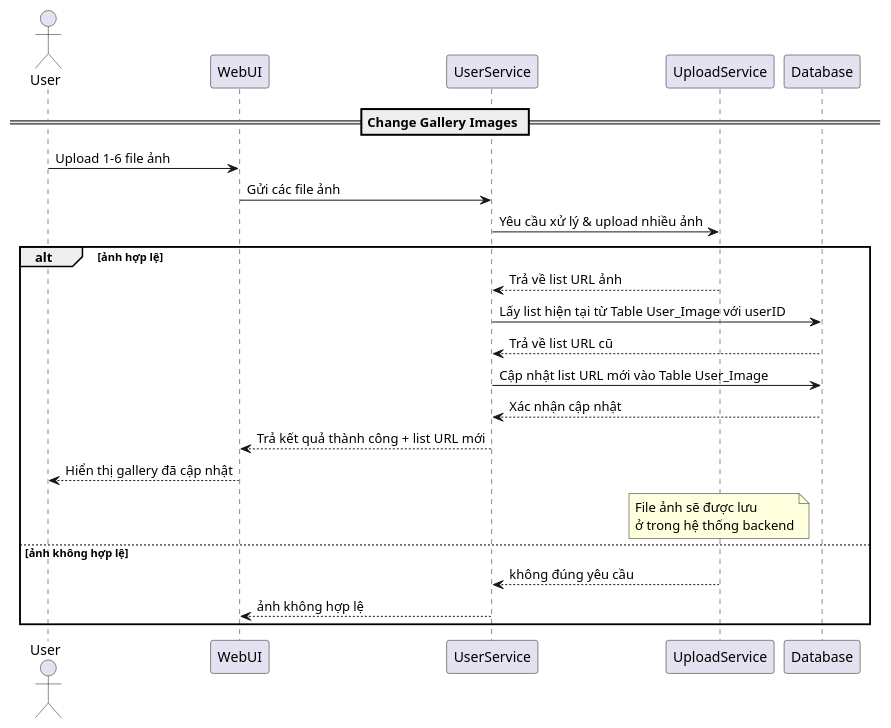
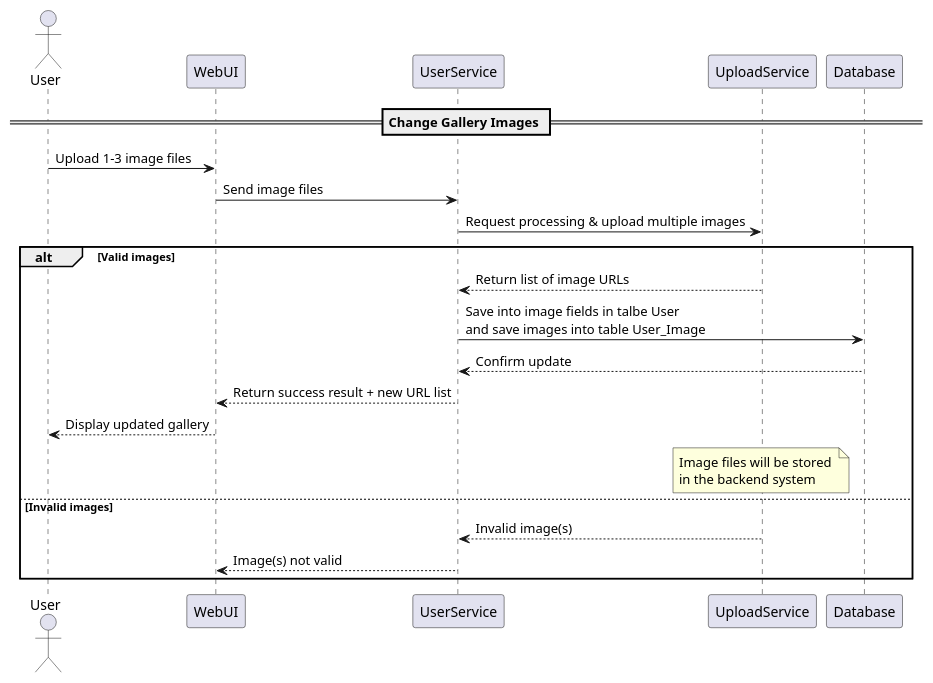
One commit to twicelike/project-newjeans changed the diagram in diagram/ChangeIntroduceImage_Sequence.md. Above: the diagram before and after it, drawn with PlantUML. The commit also changed 6 other files, not shown here.

````diff
--- a/diagram/ChangeIntroduceImage_Sequence.md
+++ b/diagram/ChangeIntroduceImage_Sequence.md
@@ -1,30 +1,30 @@
 ```uml
 @startuml
 actor User
 participant WebUI
 participant UserService
 participant UploadService
 participant Database
 
 == Change Gallery Images ==
-User -> WebUI            : Upload 1–6 file ảnh
-WebUI -> UserService     : Gửi các file ảnh
-UserService -> UploadService : Yêu cầu xử lý & upload nhiều ảnh
-alt ảnh hợp lệ
-UploadService --> UserService : Trả về list URL ảnh
-UserService -> Database  : Lấy list hiện tại từ Table User_Image với userID
-Database --> UserService : Trả về list URL cũ
-UserService -> Database  : Cập nhật list URL mới vào Table User_Image
-Database --> UserService : Xác nhận cập nhật
-UserService --> WebUI    : Trả kết quả thành công + list URL mới
-WebUI --> User           : Hiển thị gallery đã cập nhật
-note over of UploadService
-   File ảnh sẽ được lưu 
-   ở trong hệ thống backend
+User -> WebUI            : Upload 1–3 image files
+WebUI -> UserService     : Send image files
+UserService -> UploadService : Request processing & upload multiple images
+
+alt Valid images
+UploadService --> UserService : Return list of image URLs
+UserService -> Database  : Save into image fields in talbe User \nand save images into table User_Image
+Database --> UserService : Confirm update
+UserService --> WebUI    : Return success result + new URL list
+WebUI --> User           : Display updated gallery
+note over UploadService
+   Image files will be stored 
+   in the backend system
 end note
-else ảnh không hợp lệ
-UploadService --> UserService: không đúng yêu cầu
-UserService --> WebUI:ảnh không hợp lệ
+
+else Invalid images
+UploadService --> UserService: Invalid image(s)
+UserService --> WebUI: Image(s) not valid
 end
 @enduml
 ```
````
